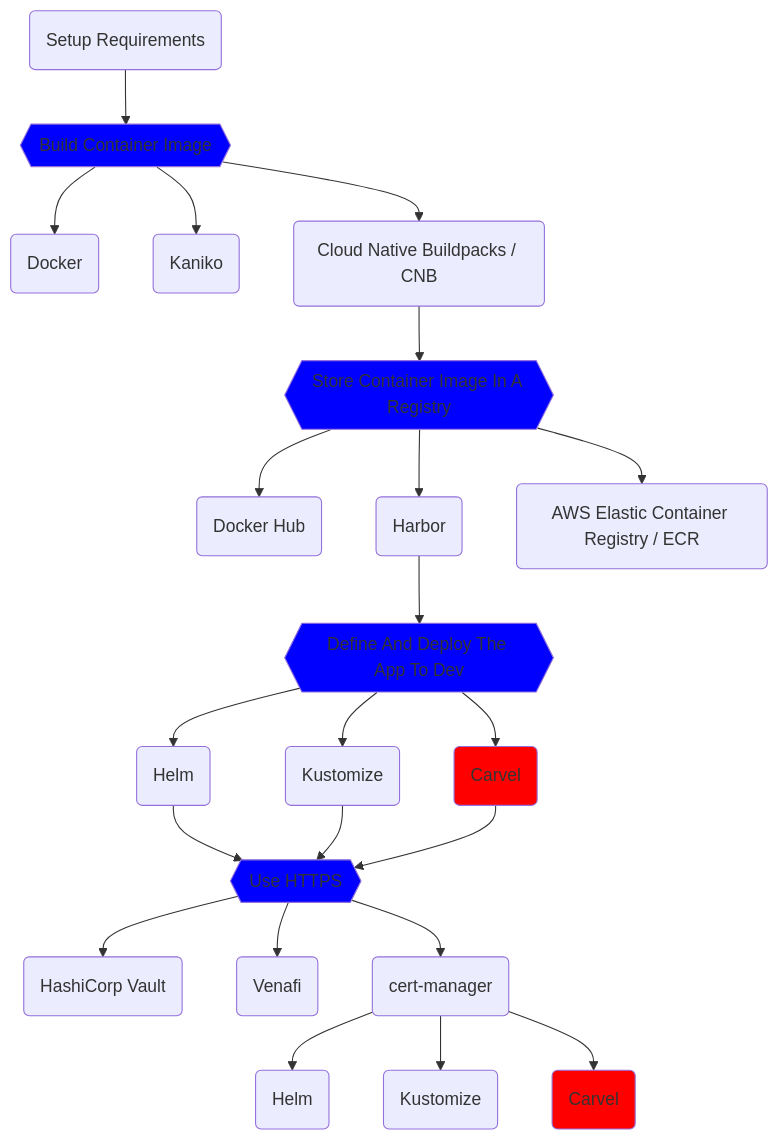
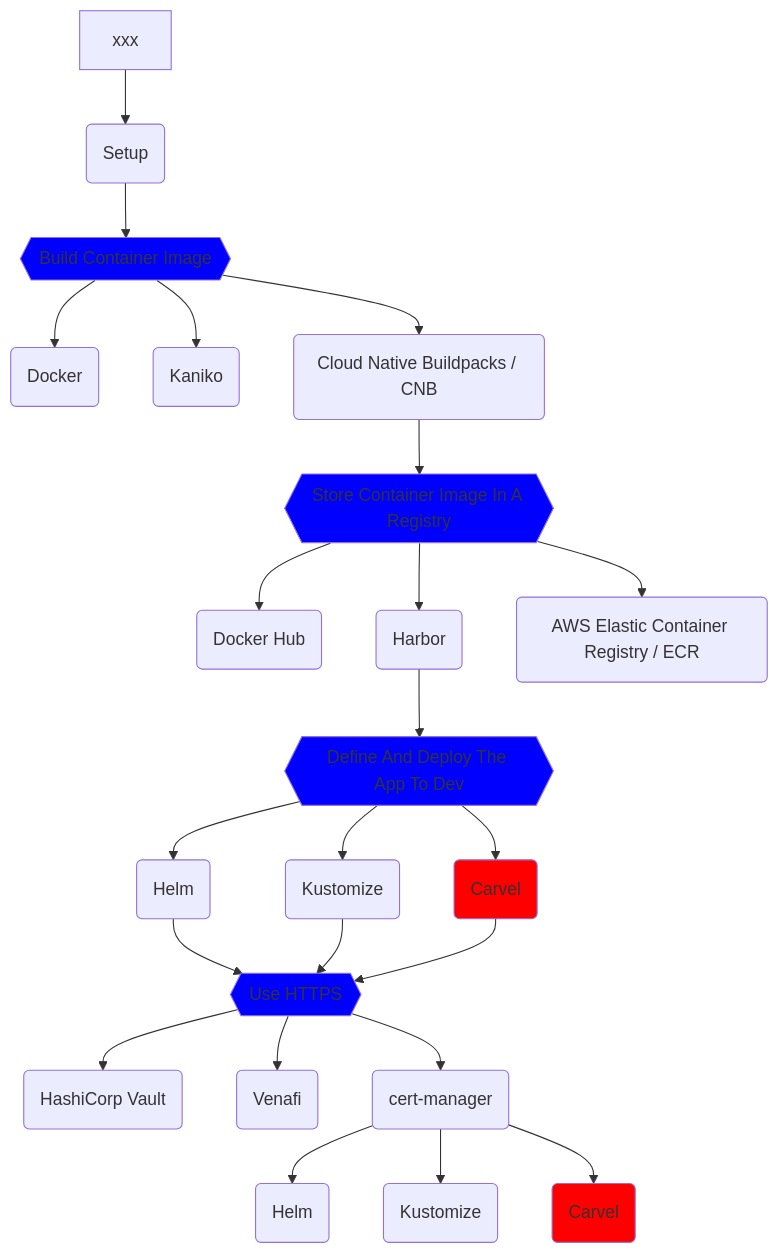
The diagram in solution.md (vfarcic/cncf-demo), drawn with Mermaid before and after one commit.

````diff
--- a/solution.md
+++ b/solution.md
@@ -3,74 +3,76 @@
 ```mermaid
 flowchart TD;
 
-    setup-reqs(Setup Requirements);
+    xxx-->setup
+
+    setup(Setup);
     click setup-reqs "vfarcic/cncf-demo/blob/main/manuscript/setup.md"
 
-    setup-reqs-->bci
+    setup-->bci
 
     bci{{Build Container Image}}
     click bci "vfarcic/cncf-demo/blob/main/manuscript/build-container-image/story.md"
     style bci fill:blue
     bci1(Docker)
     click bci1 "vfarcic/cncf-demo/blob/main/manuscript/build-container-image/docker.md"
     bci2(Kaniko)
     click bci2 "vfarcic/cncf-demo/blob/main/manuscript/build-container-image/kaniko.md"
     bci3(Cloud Native Buildpacks / CNB)
     click bci3 "vfarcic/cncf-demo/blob/main/manuscript/build-container-image/buildpacks.md"
 
     bci-->bci1;
     bci-->bci2;
     bci-->bci3-->registry;
 
     registry{{Store Container Image In A Registry}}
     click registry "vfarcic/cncf-demo/blob/main/manuscript/registry/story.md"
     style registry fill:blue
     registry1(Docker Hub)
     click registry1 "vfarcic/cncf-demo/blob/main/manuscript/registry/docker-hub.md"
     registry2(Harbor)
     click registry2 "vfarcic/cncf-demo/blob/main/manuscript/registry/harbor.md"
     registry3(AWS Elastic Container Registry / ECR)
     click registry3 "vfarcic/cncf-demo/blob/main/manuscript/registry/ecr.md"
 
     registry-->registry1;
     registry-->registry2-->ddd;
     registry-->registry3;
 
     ddd{{Define And Deploy The App To Dev}}
     click ddd "vfarcic/cncf-demo/blob/main/manuscript/define-deploy-dev/story.md"
     style ddd fill:blue
     ddd1(Helm)
     click ddd1 "vfarcic/cncf-demo/blob/main/manuscript/define-deploy-dev/helm.md"
     ddd2(Kustomize)
     click ddd2 "vfarcic/cncf-demo/blob/main/manuscript/define-deploy-dev/kustomize.md"
     ddd3(Carvel)
     click ddd3 "vfarcic/cncf-demo/blob/main/manuscript/define-deploy-dev/carvel.md"
     style ddd3 fill:red
 
     ddd-->ddd1-->https;
     ddd-->ddd2-->https;
     ddd-->ddd3-->https;
 
     https{{Use HTTPS}}
     click https "vfarcic/cncf-demo/blob/main/manuscript/https/story.md"
     style https fill:blue
     https1(HashiCorp Vault)
     click https1 "vfarcic/cncf-demo/blob/main/manuscript/https/vault.md"
     https2(Venafi)
     click https2 "vfarcic/cncf-demo/blob/main/manuscript/https/venafi.md"
     https3(cert-manager)
     click https3 "vfarcic/cncf-demo/blob/main/manuscript/https/cert-manager.md"
     https3-helm(Helm)
     click https3-helm "vfarcic/cncf-demo/blob/main/manuscript/https/cert-manager-helm.md"
     https3-kustomize(Kustomize)
     click https3-kustomize "vfarcic/cncf-demo/blob/main/manuscript/https/cert-manager-kustomize.md"
     https3-carvel(Carvel)
     style https3-carvel fill:red
 
     https-->https1;
     https-->https2;
     https-->https3;
     https3-->https3-helm;
     https3-->https3-kustomize;
     https3-->https3-carvel;
 ```
````
